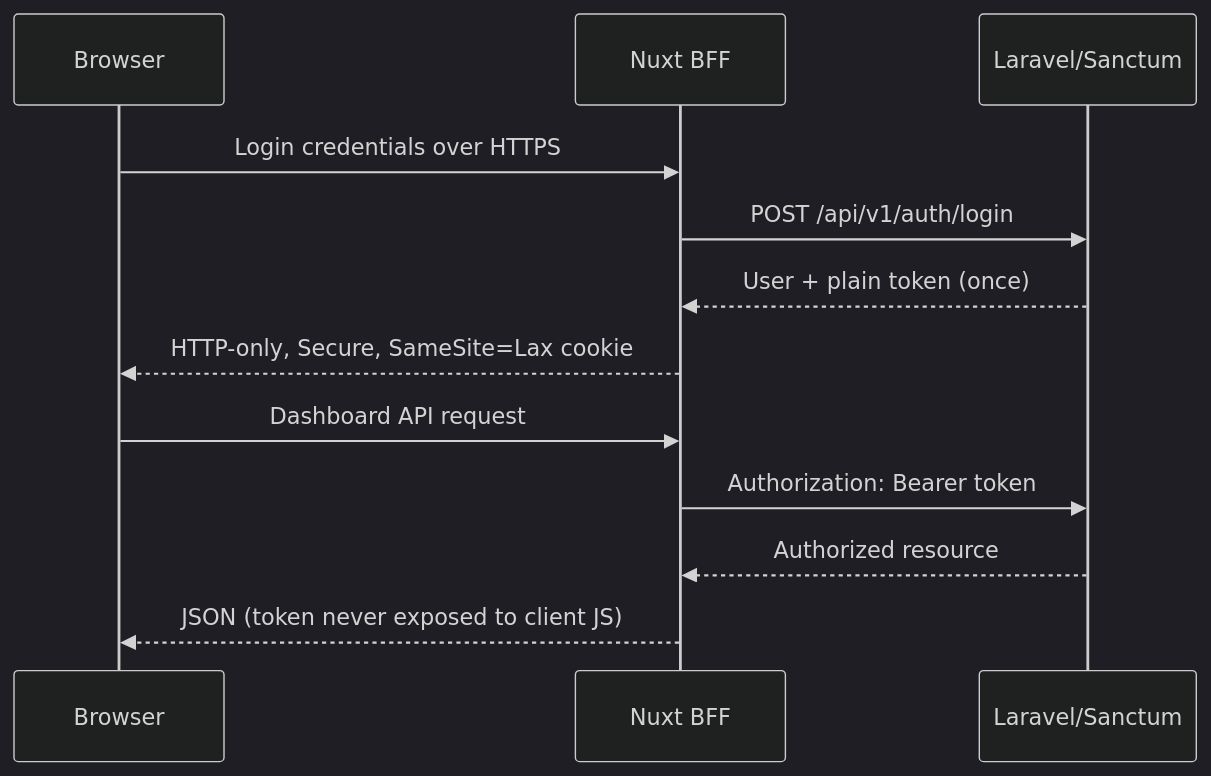
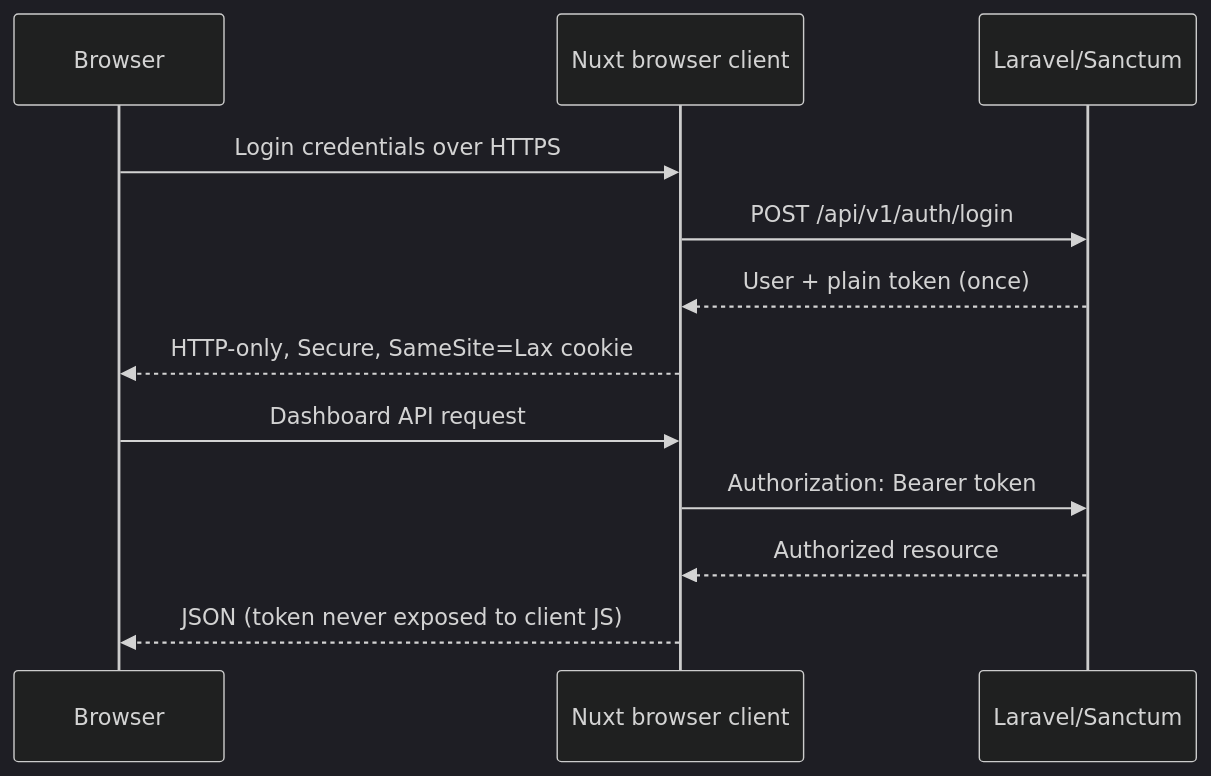
The fourth of 4 diagrams in ARCHITECTURE.md (trtayebee089/url-shortner), drawn with Mermaid (dark theme) before and after one commit. The commit also changed other lines of this file and 30 other files, not shown here.

````diff
--- a/ARCHITECTURE.md
+++ b/ARCHITECTURE.md
@@ -68,14 +68,14 @@
 ```mermaid
 sequenceDiagram
     participant B as Browser
-    participant N as Nuxt BFF
+    participant N as Nuxt browser client
     participant L as Laravel/Sanctum
     B->>N: Login credentials over HTTPS
     N->>L: POST /api/v1/auth/login
     L-->>N: User + plain token (once)
     N-->>B: HTTP-only, Secure, SameSite=Lax cookie
     B->>N: Dashboard API request
     N->>L: Authorization: Bearer token
     L-->>N: Authorized resource
     N-->>B: JSON (token never exposed to client JS)
 ```
````
